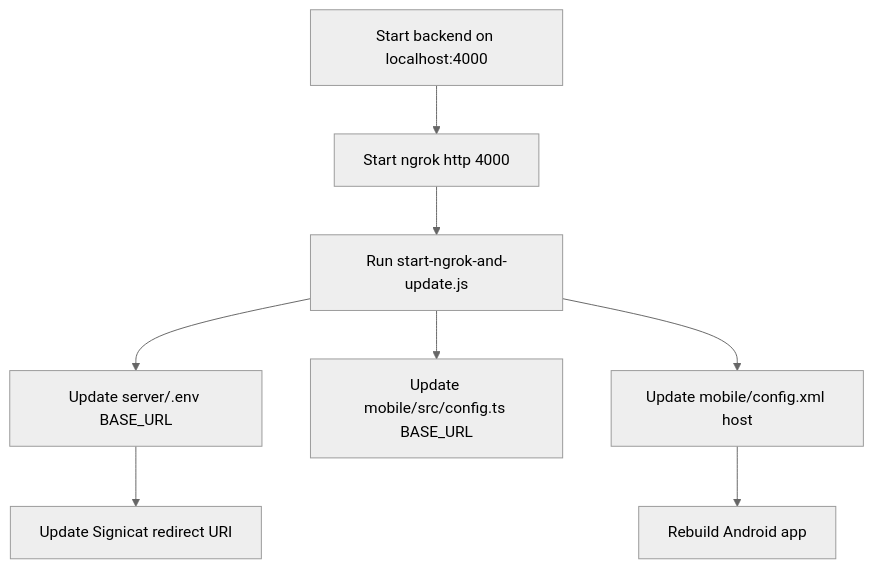
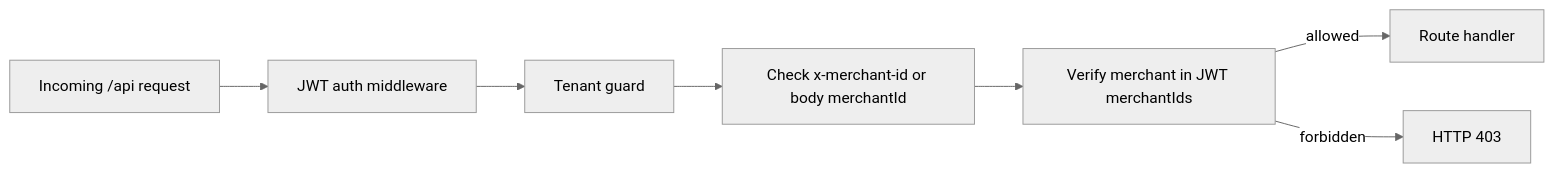
Before and after one commit to ss-vijayvavdiya/ionic-spid-poc-cdx: the third of 4 diagrams in DEVELOPER.md, drawn with Mermaid (neutral theme). The commit also changed other lines of this file and 96 other files, not shown here.

Commit message:
checkout flow added

````diff
--- a/DEVELOPER.md
+++ b/DEVELOPER.md
@@ -170,10 +47,9 @@
 ```mermaid
-flowchart TD
-  A["Start backend on localhost:4000"] --> B["Start ngrok http 4000"]
-  B --> C["Run start-ngrok-and-update.js"]
-  C --> D["Update server/.env BASE_URL"]
-  C --> E["Update mobile/src/config.ts BASE_URL"]
-  C --> F["Update mobile/config.xml host"]
-  F --> G["Rebuild Android app"]
-  D --> H["Update Signicat redirect URI"]
+flowchart LR
+  R["Incoming /api request"] --> A["JWT auth middleware"]
+  A --> T["Tenant guard"]
+  T --> C["Check x-merchant-id or body merchantId"]
+  C --> M["Verify merchant in JWT merchantIds"]
+  M -->|"allowed"| H["Route handler"]
+  M -->|"forbidden"| F["HTTP 403"]
 ```
````
